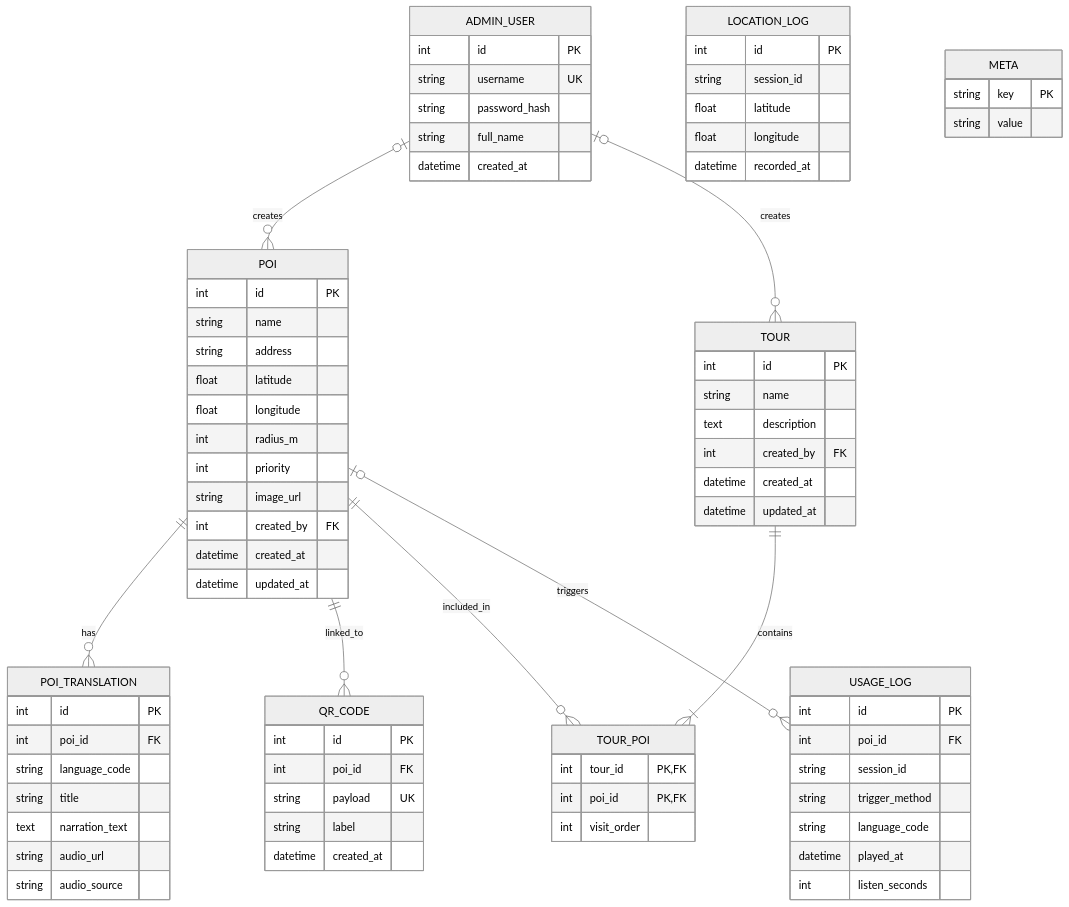
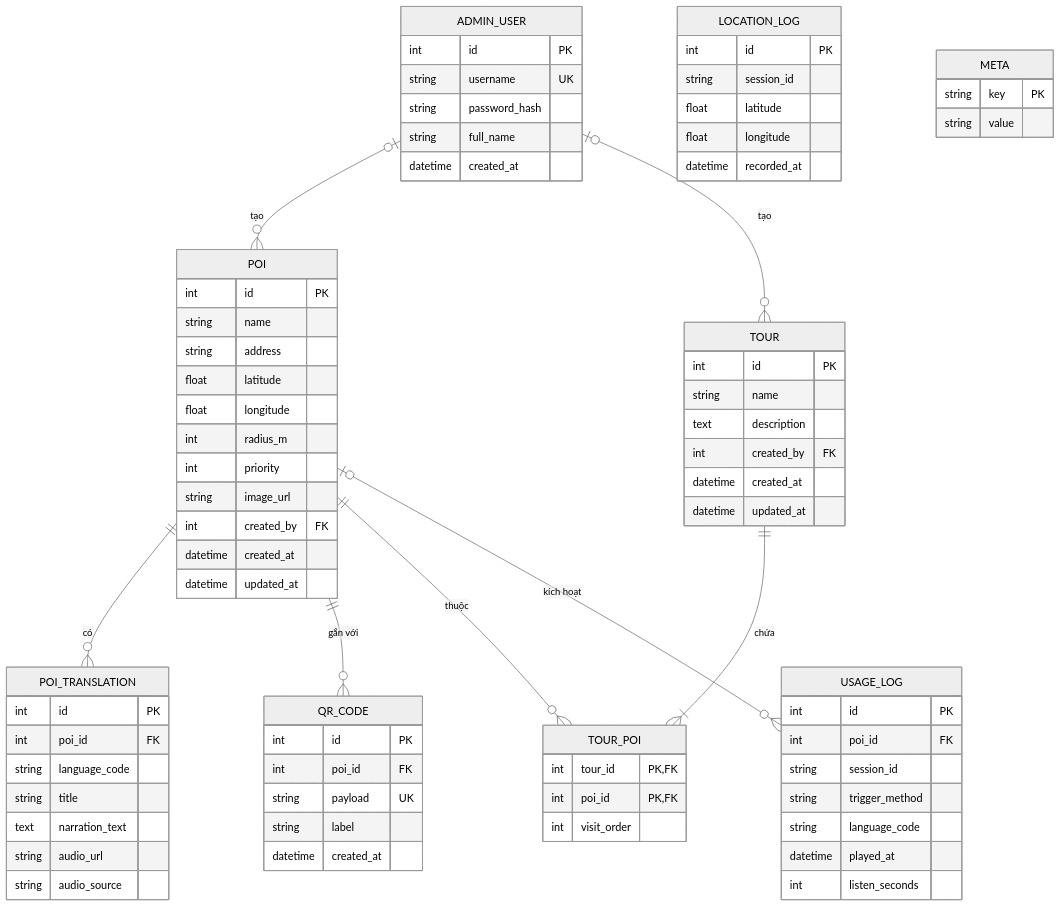
One commit to AiraLeFatale/CongNghePhanMem_Project changed diagram 18 of 19 in docs/02-design.md. Above: the diagram before and after it, drawn with Mermaid (neutral theme). The commit also changed other lines of this file and 11 other files, not shown here.

````diff
--- a/docs/02-design.md
+++ b/docs/02-design.md
@@ -702,80 +707,80 @@
 ```mermaid
 erDiagram
     ADMIN_USER {
         int id PK
         string username UK
         string password_hash
         string full_name
         datetime created_at
     }
     POI {
         int id PK
         string name
         string address
         float latitude
         float longitude
         int radius_m
         int priority
         string image_url
         int created_by FK
         datetime created_at
         datetime updated_at
     }
     POI_TRANSLATION {
         int id PK
         int poi_id FK
         string language_code
         string title
         text narration_text
         string audio_url
         string audio_source
     }
     QR_CODE {
         int id PK
         int poi_id FK
         string payload UK
         string label
         datetime created_at
     }
     TOUR {
         int id PK
         string name
         text description
         int created_by FK
         datetime created_at
         datetime updated_at
     }
     TOUR_POI {
         int tour_id PK, FK
         int poi_id PK, FK
         int visit_order
     }
     USAGE_LOG {
         int id PK
         int poi_id FK
         string session_id
         string trigger_method
         string language_code
         datetime played_at
         int listen_seconds
     }
     LOCATION_LOG {
         int id PK
         string session_id
         float latitude
         float longitude
         datetime recorded_at
     }
     META {
         string key PK
         string value
     }
 
-    ADMIN_USER |o--o{ POI : creates
-    ADMIN_USER |o--o{ TOUR : creates
-    POI ||--o{ POI_TRANSLATION : has
-    POI ||--o{ QR_CODE : linked_to
-    TOUR ||--|{ TOUR_POI : contains
-    POI ||--o{ TOUR_POI : included_in
-    POI |o--o{ USAGE_LOG : triggers
+    ADMIN_USER |o--o{ POI : "tạo"
+    ADMIN_USER |o--o{ TOUR : "tạo"
+    POI ||--o{ POI_TRANSLATION : "có"
+    POI ||--o{ QR_CODE : "gắn với"
+    TOUR ||--|{ TOUR_POI : "chứa"
+    POI ||--o{ TOUR_POI : "thuộc"
+    POI |o--o{ USAGE_LOG : "kích hoạt"
 ```
````
